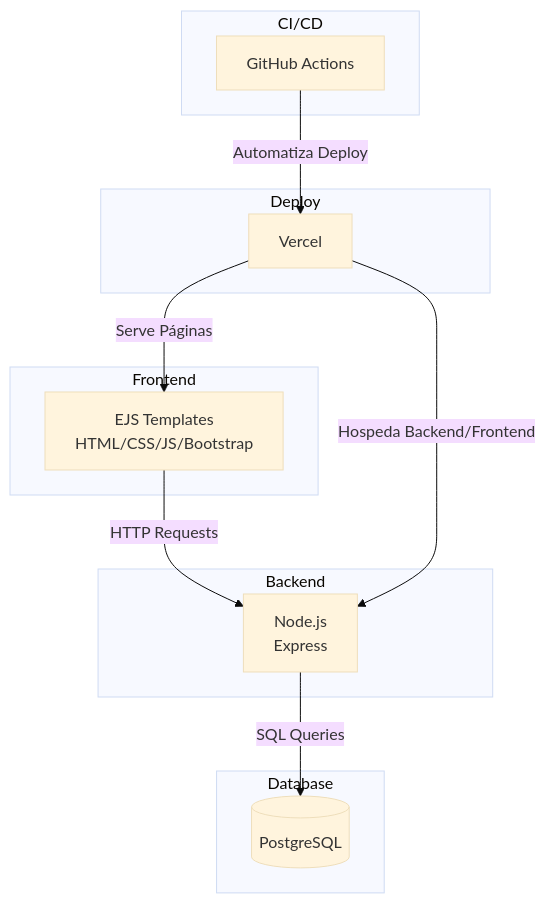
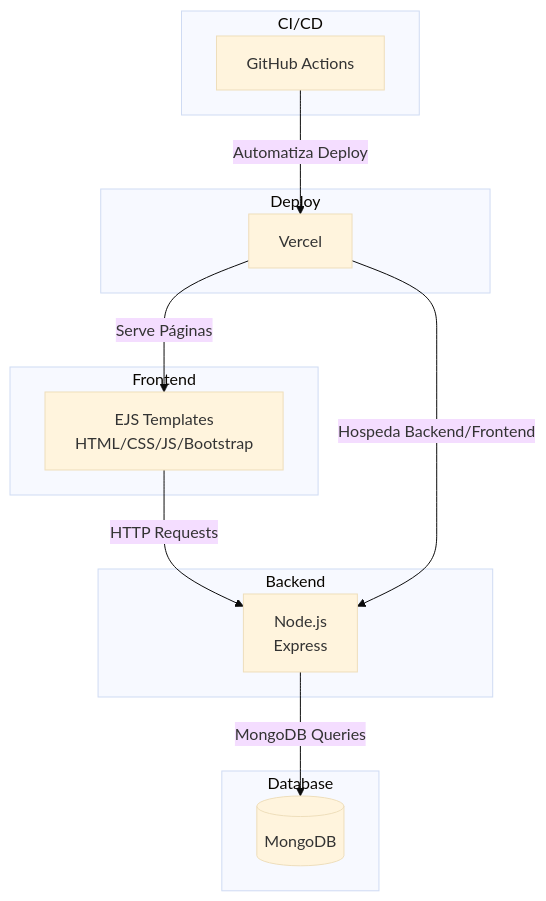
Before and after one commit to alvsoares1/find-workers: the diagram in docs/Arquitetura.md, drawn with Mermaid (base theme). The commit also changed other lines of this file, not shown here.

````diff
--- a/docs/Arquitetura.md
+++ b/docs/Arquitetura.md
@@ -59,24 +59,24 @@
 ```mermaid
 flowchart TD
     subgraph Frontend
         A[EJS Templates<br>HTML/CSS/JS/Bootstrap]
     end
     subgraph Backend
         B[Node.js<br>Express]
     end
     subgraph Database
-        C[(PostgreSQL<br>)]
+        C[(MongoDB<br>)]
     end
     subgraph CI/CD
         D[GitHub Actions]
     end
     subgraph Deploy
         E[Vercel]
     end
 
     A -- HTTP Requests --> B
-    B -- SQL Queries --> C
+    B -- MongoDB Queries --> C
     D -- Automatiza Deploy --> E
     E -- Hospeda Backend/Frontend --> B
     E -- Serve Páginas --> A
 ```
````
